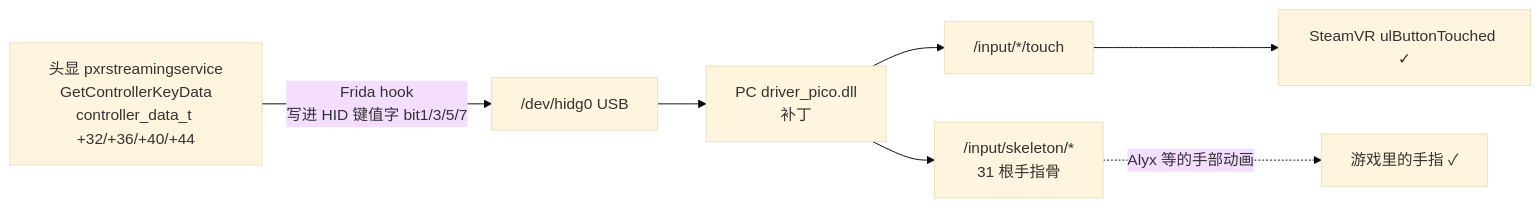
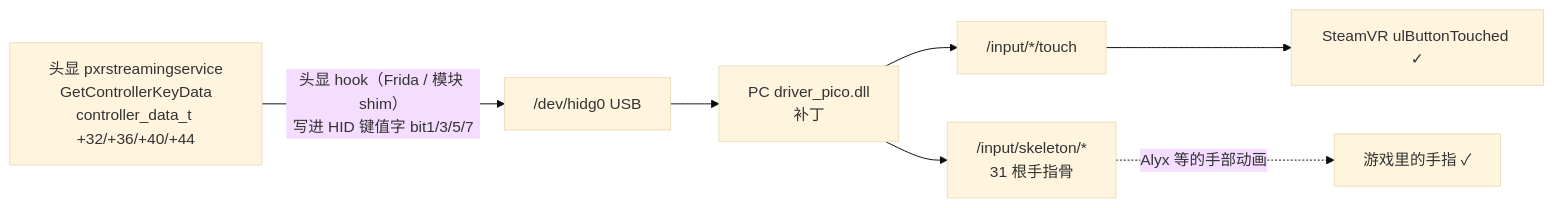
Before and after one commit to lgc2333/pico3-dp-touch-patch: the diagram in README.md, drawn with Mermaid (base theme). The commit also changed other lines of this file and 26 other files, not shown here.

````diff
--- a/README.md
+++ b/README.md
@@ -108,9 +132,9 @@
 ```mermaid
 flowchart LR
-    A["头显 pxrstreamingservice<br/>GetControllerKeyData<br/>controller_data_t +32/+36/+40/+44"] -->|Frida hook<br/>写进 HID 键值字 bit1/3/5/7| B["/dev/hidg0 USB"]
+    A["头显 pxrstreamingservice<br/>GetControllerKeyData<br/>controller_data_t +32/+36/+40/+44"] -->|头显 hook（Frida / 模块 shim）<br/>写进 HID 键值字 bit1/3/5/7| B["/dev/hidg0 USB"]
     B --> C["PC driver_pico.dll<br/>补丁"]
     C --> D["/input/*/touch"]
     C --> F["/input/skeleton/*<br/>31 根手指骨"]
     D --> E["SteamVR ulButtonTouched ✓"]
     F -.->|Alyx 等的手部动画| G["游戏里的手指 ✓"]
 ```
````
